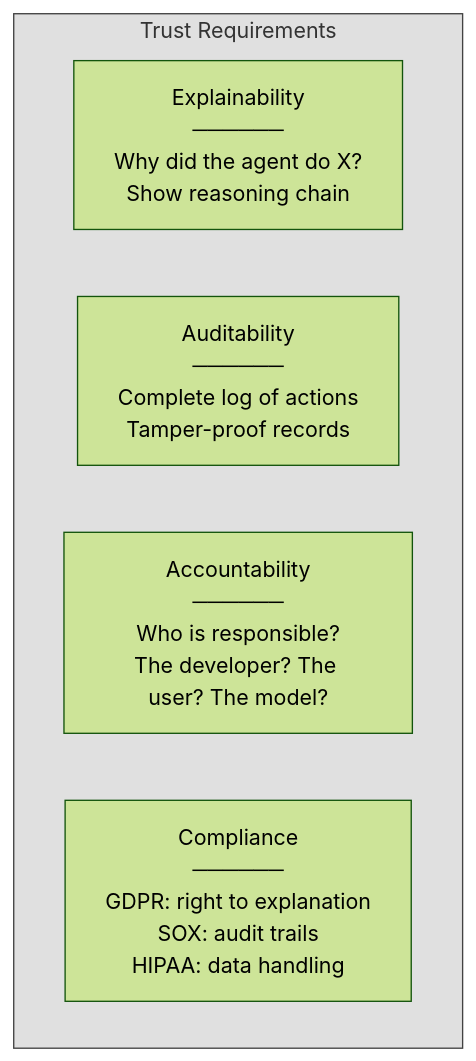
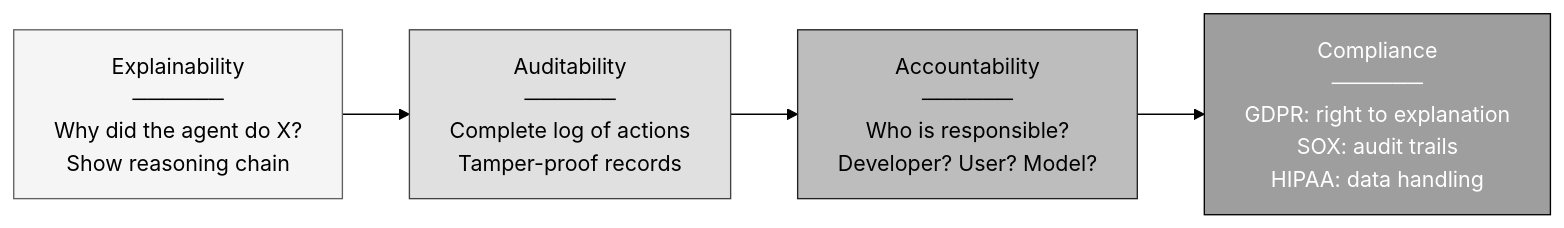
Diagram 12 of 13 in docs/posts/09-deep-challenges.md (Shekharrajak/agent-design-patterns), drawn with Mermaid (forest theme) before and after one commit. The commit also changed other lines of this file and 7 other files, not shown here.

Commit message:
fix: resolve Mermaid rendering issues across all chapters

````diff
--- a/docs/posts/09-deep-challenges.md
+++ b/docs/posts/09-deep-challenges.md
@@ -304,11 +265,9 @@
 ```mermaid
-graph TD
-    subgraph TRUST["Trust Requirements"]
-        TR1["Explainability<br/>──────<br/>Why did the agent do X?<br/>Show reasoning chain"]
-        TR2["Auditability<br/>──────<br/>Complete log of actions<br/>Tamper-proof records"]
-        TR3["Accountability<br/>──────<br/>Who is responsible?<br/>The developer? The user? The model?"]
-        TR4["Compliance<br/>──────<br/>GDPR: right to explanation<br/>SOX: audit trails<br/>HIPAA: data handling"]
-    end
+graph LR
+    TR1["Explainability<br/>──────<br/>Why did the agent do X?<br/>Show reasoning chain"] --> TR2["Auditability<br/>──────<br/>Complete log of actions<br/>Tamper-proof records"] --> TR3["Accountability<br/>──────<br/>Who is responsible?<br/>Developer? User? Model?"] --> TR4["Compliance<br/>──────<br/>GDPR: right to explanation<br/>SOX: audit trails<br/>HIPAA: data handling"]
 
-    style TRUST fill:#e0e0e0,stroke:#424242
+    style TR1 fill:#f5f5f5,stroke:#616161
+    style TR2 fill:#e0e0e0,stroke:#424242
+    style TR3 fill:#bdbdbd,stroke:#212121
+    style TR4 fill:#9e9e9e,stroke:#000,color:#fff
 ```
````
